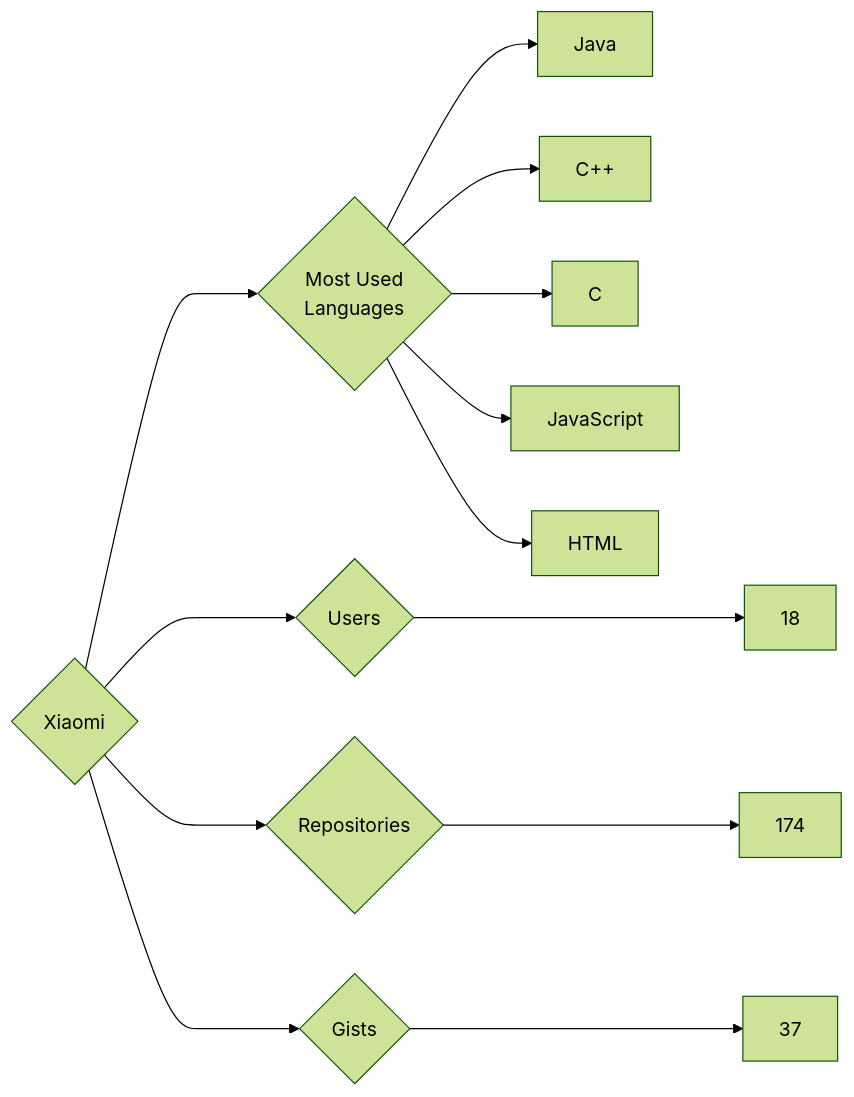
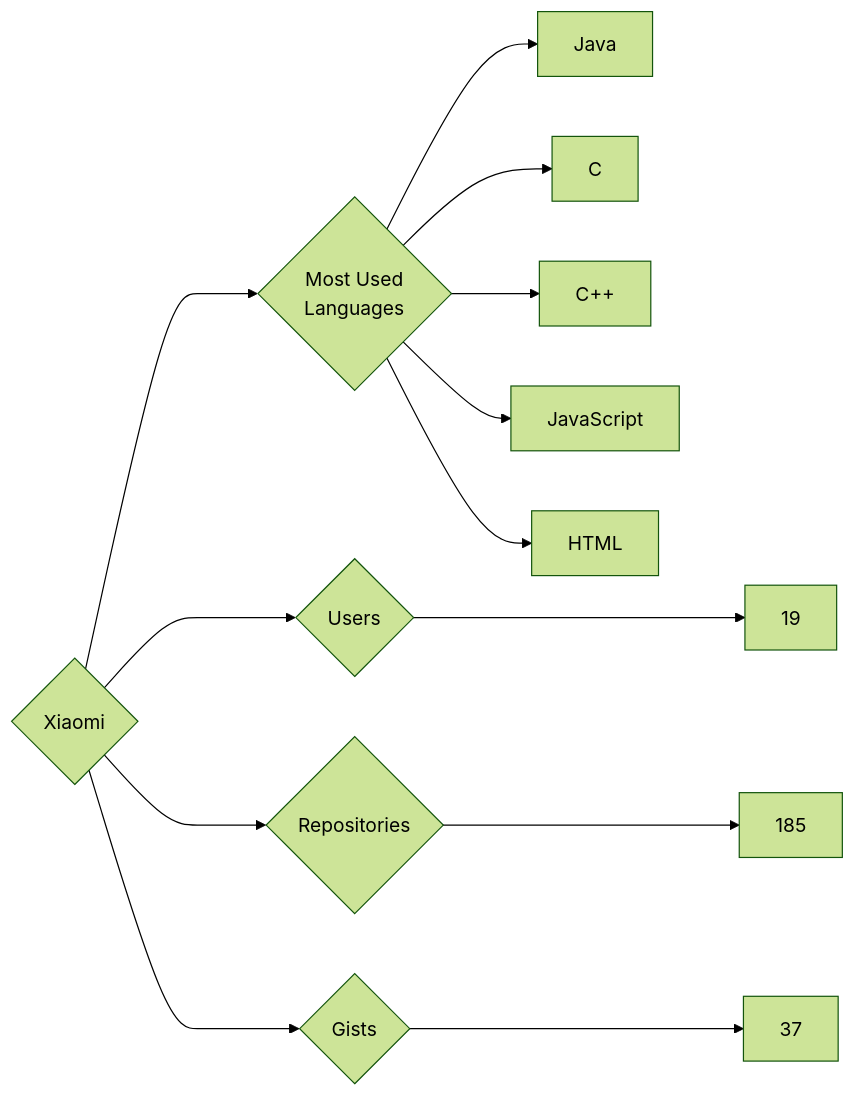
Before and after one commit to trickest/insiders: the diagram in targets/Xiaomi/README.md, drawn with Mermaid (forest theme). The commit also changed 953 other files, not shown here.

````diff
--- a/targets/Xiaomi/README.md
+++ b/targets/Xiaomi/README.md
@@ -3,13 +3,13 @@
 ```mermaid
 graph LR
 COMPANY_NAME{Xiaomi}
-COMPANY_NAME ---> U{Users} ---> UN[18]
-COMPANY_NAME ---> R{Repositories} ---> RN[174]
+COMPANY_NAME ---> U{Users} ---> UN[19]
+COMPANY_NAME ---> R{Repositories} ---> RN[185]
 COMPANY_NAME ---> G{Gists} ---> GN[37]
 COMPANY_NAME ---> ML{Most Used<br>Languages}
 ML --> Java[Java]
+ML --> C[C]
 ML --> C++[C++]
-ML --> C[C]
 ML --> JavaScript[JavaScript]
 ML --> HTML[HTML]
 ```
````
